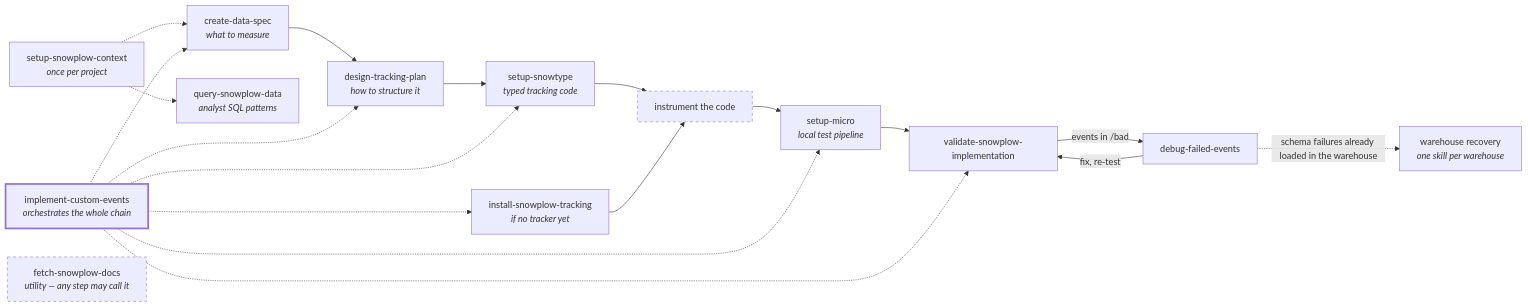
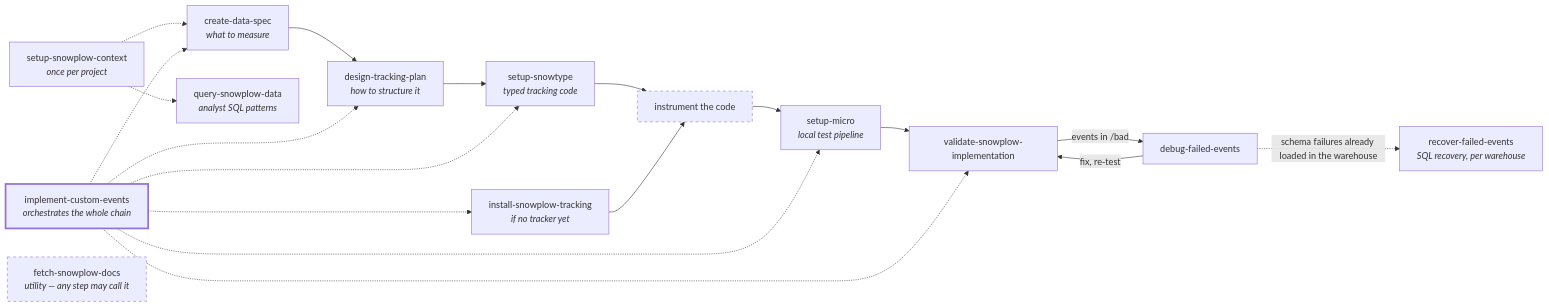
One commit to edwin-snowplow/snowplow-agent-skills changed the diagram in README.md. Above: the diagram before and after it, drawn with Mermaid. The commit also changed other lines of this file and 47 other files, not shown here.

First line of the commit message:
Consolidate the four warehouse recovery skills into one recover-failed-events (#53)

````diff
--- a/README.md
+++ b/README.md
@@ -93,19 +90,19 @@
 ```mermaid
 flowchart LR
     ctx["setup-snowplow-context<br/><i>once per project</i>"] -.-> spec
     ctx -.-> query["query-snowplow-data<br/><i>analyst SQL patterns</i>"]
     spec["create-data-spec<br/><i>what to measure</i>"] --> design["design-tracking-plan<br/><i>how to structure it</i>"]
     design --> snowtype["setup-snowtype<br/><i>typed tracking code</i>"] --> inst["instrument the code"]
     install["install-snowplow-tracking<br/><i>if no tracker yet</i>"] --> inst
     inst --> micro["setup-micro<br/><i>local test pipeline</i>"] --> validate["validate-snowplow-implementation"]
     validate -->|events in /bad| debug["debug-failed-events"]
     debug -->|fix, re-test| validate
-    debug -.->|schema failures already loaded in the warehouse| recover["warehouse recovery<br/><i>one skill per warehouse</i>"]
+    debug -.->|schema failures already loaded in the warehouse| recover["recover-failed-events<br/><i>SQL recovery, per warehouse</i>"]
     e2e["implement-custom-events<br/><i>orchestrates the whole chain</i>"] -.-> spec & design & install & snowtype & micro & validate
     docs["fetch-snowplow-docs<br/><i>utility — any step may call it</i>"]
 
     classDef orchestrator stroke-width:3px
     classDef notskill stroke-dasharray: 5 5
     class e2e orchestrator
     class inst,docs notskill
 ```
````
